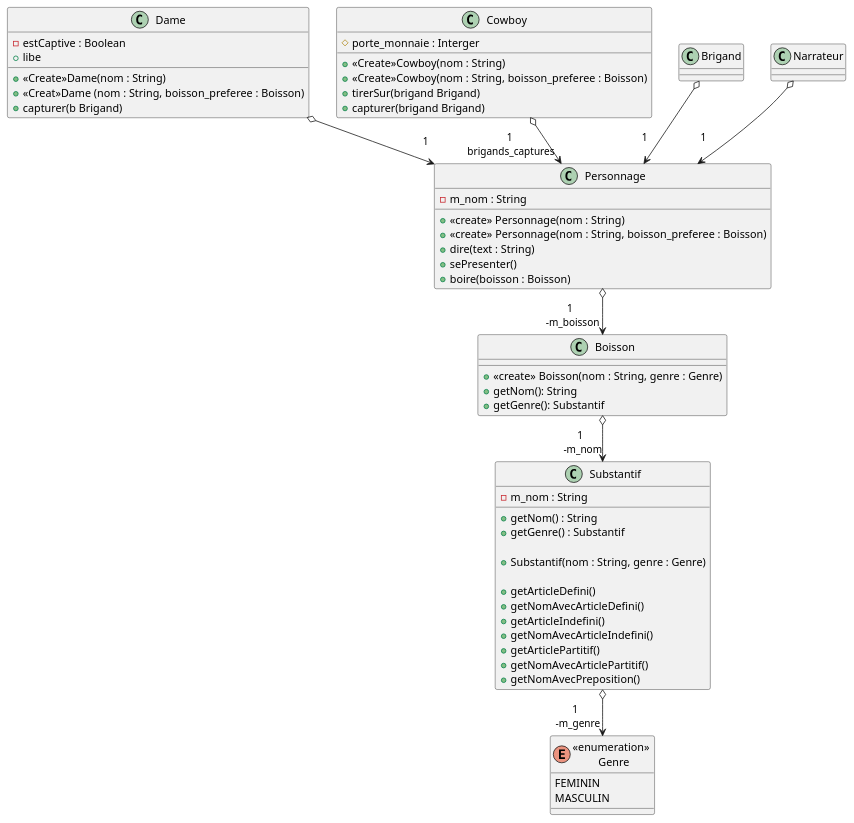
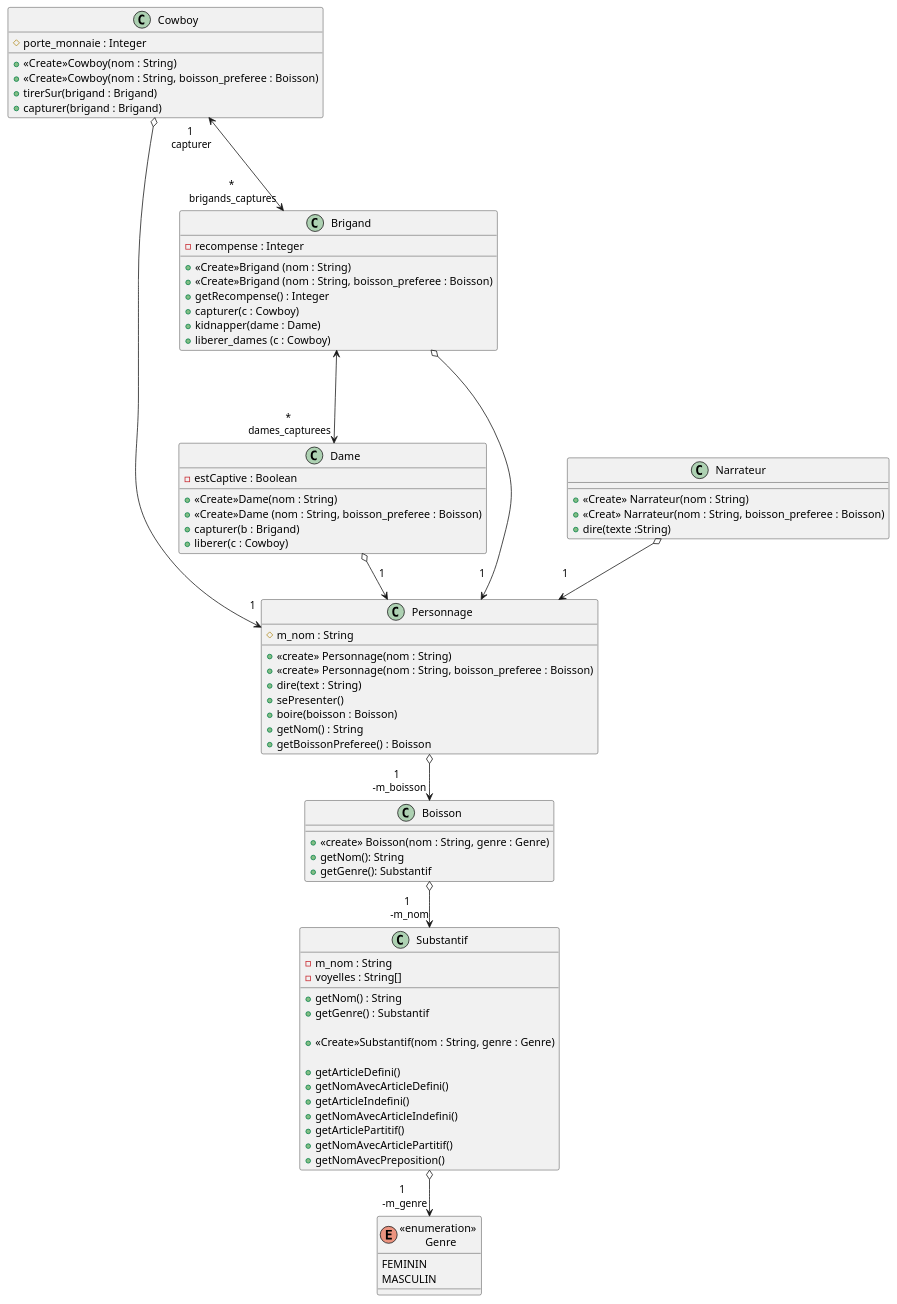
The diagram in src/Scenario2/Grammaire/Grammaire.puml (Lirobi/Projet-western), drawn with PlantUML before and after one commit.

Commit message:
béboUml

```diff
--- a/src/Scenario2/Grammaire/Grammaire.puml
+++ b/src/Scenario2/Grammaire/Grammaire.puml
@@ -1,73 +1,89 @@
 @startuml
 
 Dame o--> "1\n" Personnage
-Cowboy o--> "1\n brigands_captures" Personnage
+Cowboy o--> "1\n" Personnage
 Brigand o--> "1\n" Personnage
 Narrateur o--> "1\n" Personnage
 Personnage o-->"1 \n -m_boisson" Boisson
 Boisson o-->"1 \n -m_nom" Substantif
 Substantif o-->"1 \n -m_genre" "«enumeration» \n Genre"
+'Dame <---> Cowboy
+Cowboy "1\n capturer"<---> "*\n brigands_captures" Brigand
+Brigand <---> "*\n dames_capturees"Dame
 
 enum "«enumeration» \n Genre" {
 FEMININ
 MASCULIN
 }
 
 class Substantif {
 
     - m_nom : String
     '- m_genre : Genre
-
+    - voyelles : String[]
     + getNom() : String
     + getGenre() : Substantif
 
-    + Substantif(nom : String, genre : Genre)
+    + «Create»Substantif(nom : String, genre : Genre)
 
     + getArticleDefini()
     + getNomAvecArticleDefini()
     + getArticleIndefini()
     + getNomAvecArticleIndefini()
     + getArticlePartitif()
     + getNomAvecArticlePartitif()
     + getNomAvecPreposition()
 
 }
 
 class Boisson {
     '- m_nom : Substantif
 
     + «create» Boisson(nom : String, genre : Genre)
     + getNom(): String
     + getGenre(): Substantif
 }
 class Personnage {
-    - m_nom : String
+    # m_nom : String
     '- m_boisson : Boisson
 
     + «create» Personnage(nom : String)
     + «create» Personnage(nom : String, boisson_preferee : Boisson)
     + dire(text : String)
     + sePresenter()
     + boire(boisson : Boisson)
+    + getNom() : String
+    + getBoissonPreferee() : Boisson
 }
 
 class Cowboy{
-# porte_monnaie : Interger
-+ «Create»Cowboy(nom : String)
-+ «Create»Cowboy(nom : String, boisson_preferee : Boisson)
-+ tirerSur(brigand Brigand)
-+ capturer(brigand Brigand)
+    # porte_monnaie : Integer
+    + «Create»Cowboy(nom : String)
+    + «Create»Cowboy(nom : String, boisson_preferee : Boisson)
+    + tirerSur(brigand : Brigand)
+    + capturer(brigand : Brigand)
+
 }
 class Dame{
-- estCaptive : Boolean
-+ «Create»Dame(nom : String)
-+ «Creat»Dame (nom : String, boisson_preferee : Boisson)
-+ capturer(b Brigand)
-+ libe
+    - estCaptive : Boolean
+    + «Create»Dame(nom : String)
+    + «Create»Dame (nom : String, boisson_preferee : Boisson)
+    + capturer(b : Brigand)
+    + liberer(c : Cowboy)
 }
 class Brigand{
+    - recompense : Integer
+    + «Create»Brigand (nom : String)
+    + «Create»Brigand (nom : String, boisson_preferee : Boisson)
+    + getRecompense() : Integer
+    + capturer(c : Cowboy)
+    + kidnapper(dame : Dame)
+    + liberer_dames (c : Cowboy)
 }
 class Narrateur{
+    + «Create» Narrateur(nom : String)
+    + «Creat» Narrateur(nom : String, boisson_preferee : Boisson)
+    + dire(texte :String)
 }
 
 @enduml
```
